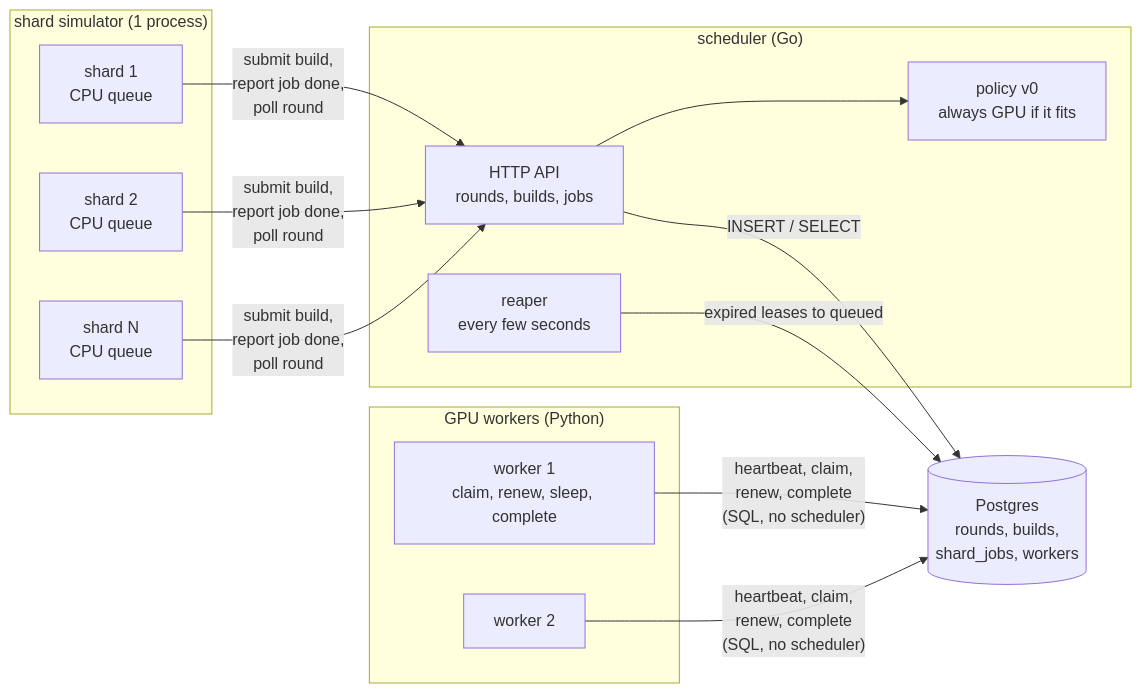
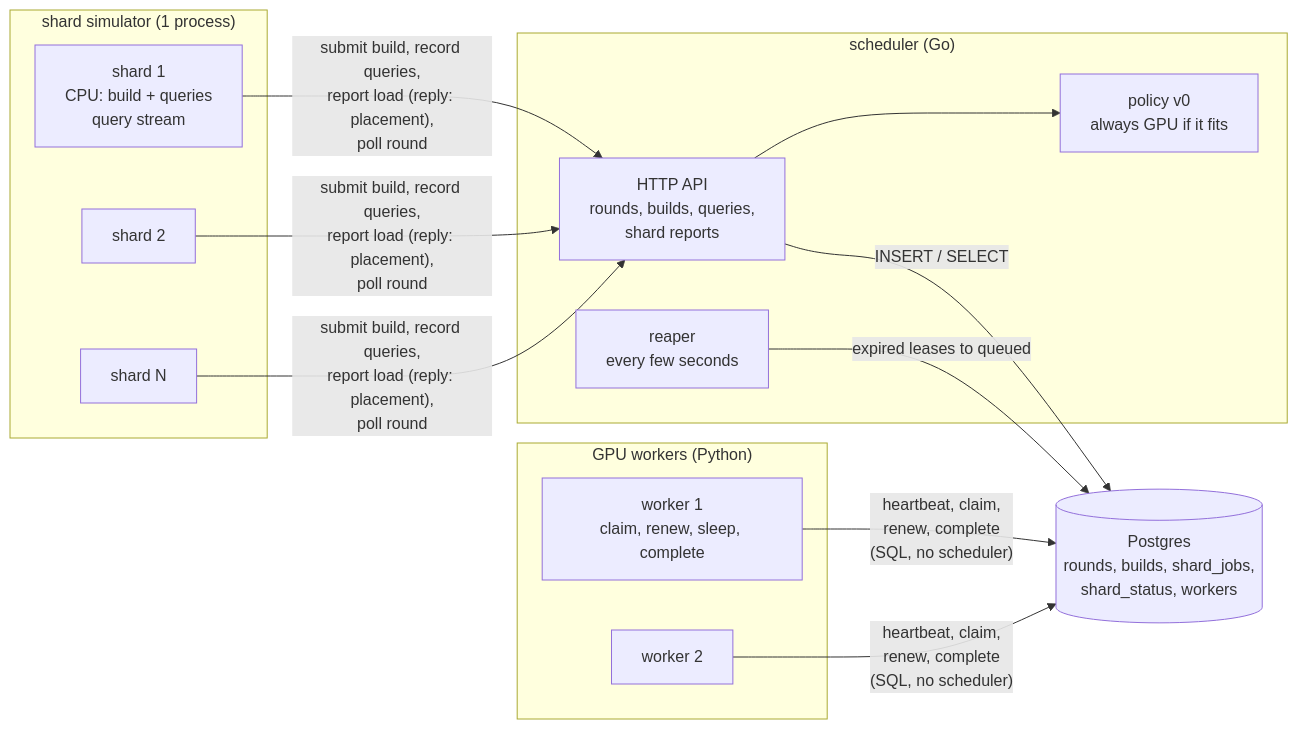
The first of 6 diagrams in docs/design/phase1-scheduler.md (arqbca11/KubernetesGPU), drawn with Mermaid before and after one commit. The commit also changed other lines of this file and 13 other files, not shown here.

First line of the commit message:
Model revision: queries arrive as a stream; shards report load; placement can change in flight

````diff
--- a/docs/design/phase1-scheduler.md
+++ b/docs/design/phase1-scheduler.md
@@ -15,27 +17,27 @@
 ```mermaid
 flowchart LR
     subgraph shardsim["shard simulator (1 process)"]
-        S1["shard 1<br/>CPU queue"]
-        S2["shard 2<br/>CPU queue"]
-        SN["shard N<br/>CPU queue"]
+        S1["shard 1<br/>CPU: build + queries<br/>query stream"]
+        S2["shard 2"]
+        SN["shard N"]
     end
 
     subgraph sched["scheduler (Go)"]
-        API["HTTP API<br/>rounds, builds, jobs"]
+        API["HTTP API<br/>rounds, builds, queries,<br/>shard reports"]
         POL["policy v0<br/>always GPU if it fits"]
         REAP["reaper<br/>every few seconds"]
     end
 
-    PG[("Postgres<br/>rounds, builds,<br/>shard_jobs, workers")]
+    PG[("Postgres<br/>rounds, builds, shard_jobs,<br/>shard_status, workers")]
 
     subgraph workers["GPU workers (Python)"]
         W1["worker 1<br/>claim, renew, sleep, complete"]
         W2["worker 2"]
     end
 
-    S1 & S2 & SN -- "submit build,<br/>report job done,<br/>poll round" --> API
+    S1 & S2 & SN -- "submit build, record queries,<br/>report load (reply: placement),<br/>poll round" --> API
     API --> POL
     API -- "INSERT / SELECT" --> PG
     REAP -- "expired leases to queued" --> PG
     W1 & W2 -- "heartbeat, claim,<br/>renew, complete<br/>(SQL, no scheduler)" --> PG
 ```
````
